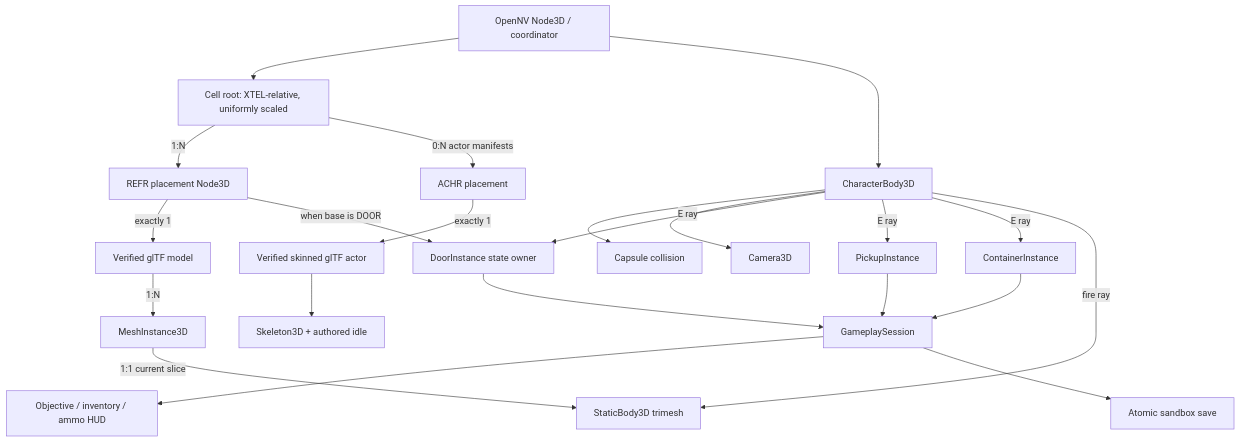
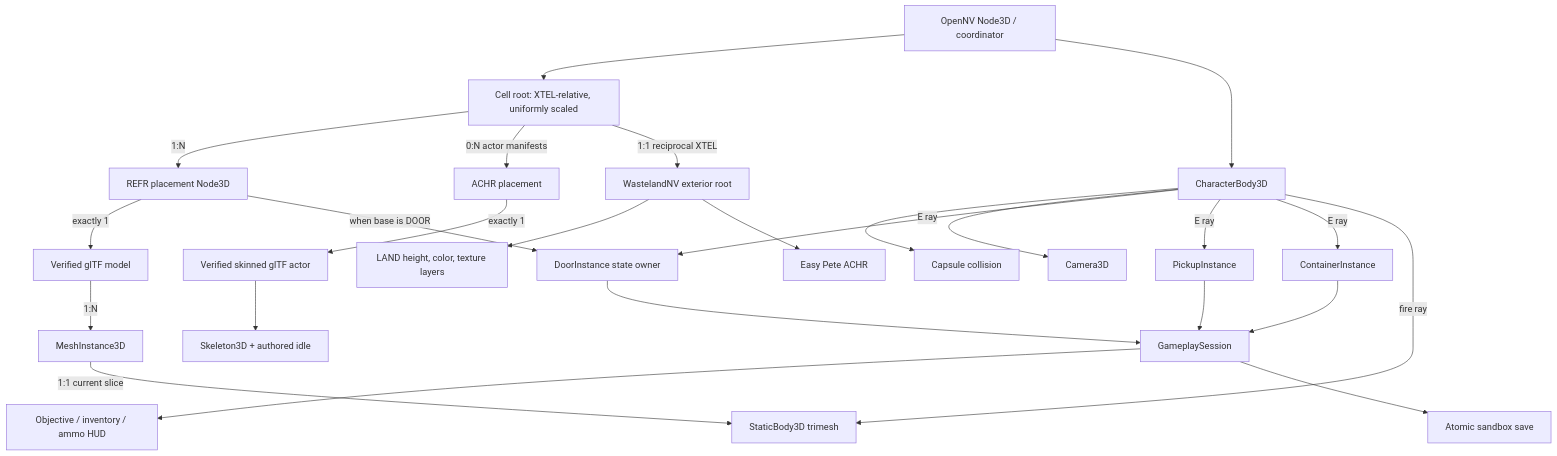
The second of 5 diagrams in docs/architecture.md (nikamigaming-create/OpenNV), drawn with Mermaid before and after one commit. The commit also changed other lines of this file and 36 other files, not shown here.

````diff
--- a/docs/architecture.md
+++ b/docs/architecture.md
@@ -28,25 +28,28 @@
 ```mermaid
 flowchart TD
     Runtime[OpenNV Node3D / coordinator]
     Runtime --> CellRoot[Cell root: XTEL-relative, uniformly scaled]
     CellRoot -->|1:N| Placement[REFR placement Node3D]
     Placement -->|exactly 1| Model[Verified glTF model]
     Model -->|1:N| Mesh[MeshInstance3D]
     Mesh -->|1:1 current slice| Collision[StaticBody3D trimesh]
     Placement -->|when base is DOOR| Door[DoorInstance state owner]
     Runtime --> Player[CharacterBody3D]
     Player --> Capsule[Capsule collision]
     Player --> Camera[Camera3D]
     Player -->|E ray| Door
     Player -->|E ray| Pickup[PickupInstance]
     Player -->|E ray| Container[ContainerInstance]
     Player -->|fire ray| Collision
     Pickup --> Session[GameplaySession]
     Container --> Session
     Door --> Session
     Session --> Hud[Objective / inventory / ammo HUD]
     Session --> Save[Atomic sandbox save]
     CellRoot -->|0:N actor manifests| ActorPlacement[ACHR placement]
     ActorPlacement -->|exactly 1| ActorModel[Verified skinned glTF actor]
     ActorModel --> ActorSkeleton[Skeleton3D + authored idle]
+    CellRoot -->|1:1 reciprocal XTEL| ExteriorRoot[WastelandNV exterior root]
+    ExteriorRoot --> Land[LAND height, color, texture layers]
+    ExteriorRoot --> ExteriorActor[Easy Pete ACHR]
 ```
````
